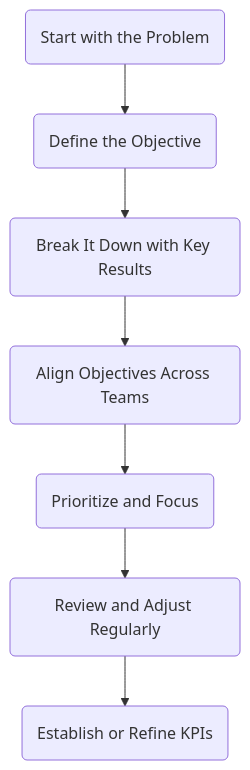
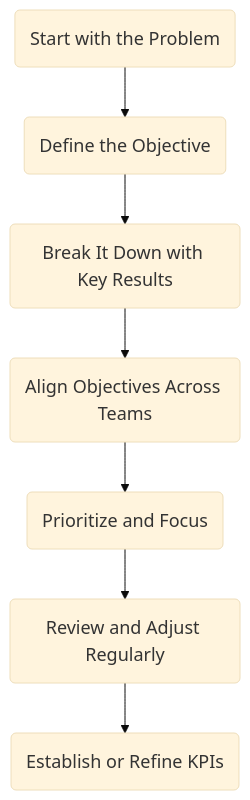
The third of 4 diagrams in docs/book/phase-2/12-ProblemsAndOKRs.md (micro-canvas-framework/micro-canvas-framework.github.io), drawn with Mermaid before and after one commit. The commit also changed other lines of this file and 9 other files, not shown here.

Commit message:
docs(book): normalize mermaid font size to 18px across book figures

````diff
--- a/docs/book/phase-2/12-ProblemsAndOKRs.md
+++ b/docs/book/phase-2/12-ProblemsAndOKRs.md
@@ -284,10 +286,11 @@
 ```mermaid
+%%{init: {"theme":"base","themeVariables":{"fontSize":"18px"} } }%%
 
 flowchart TB
     A(Start with the Problem) --> B(Define the Objective)
     B --> C(Break It Down with Key Results)
     C --> D(Align Objectives Across Teams)
     D --> E(Prioritize and Focus)
     E --> F(Review and Adjust Regularly)
     F --> G(Establish or Refine KPIs)
 ```
````
